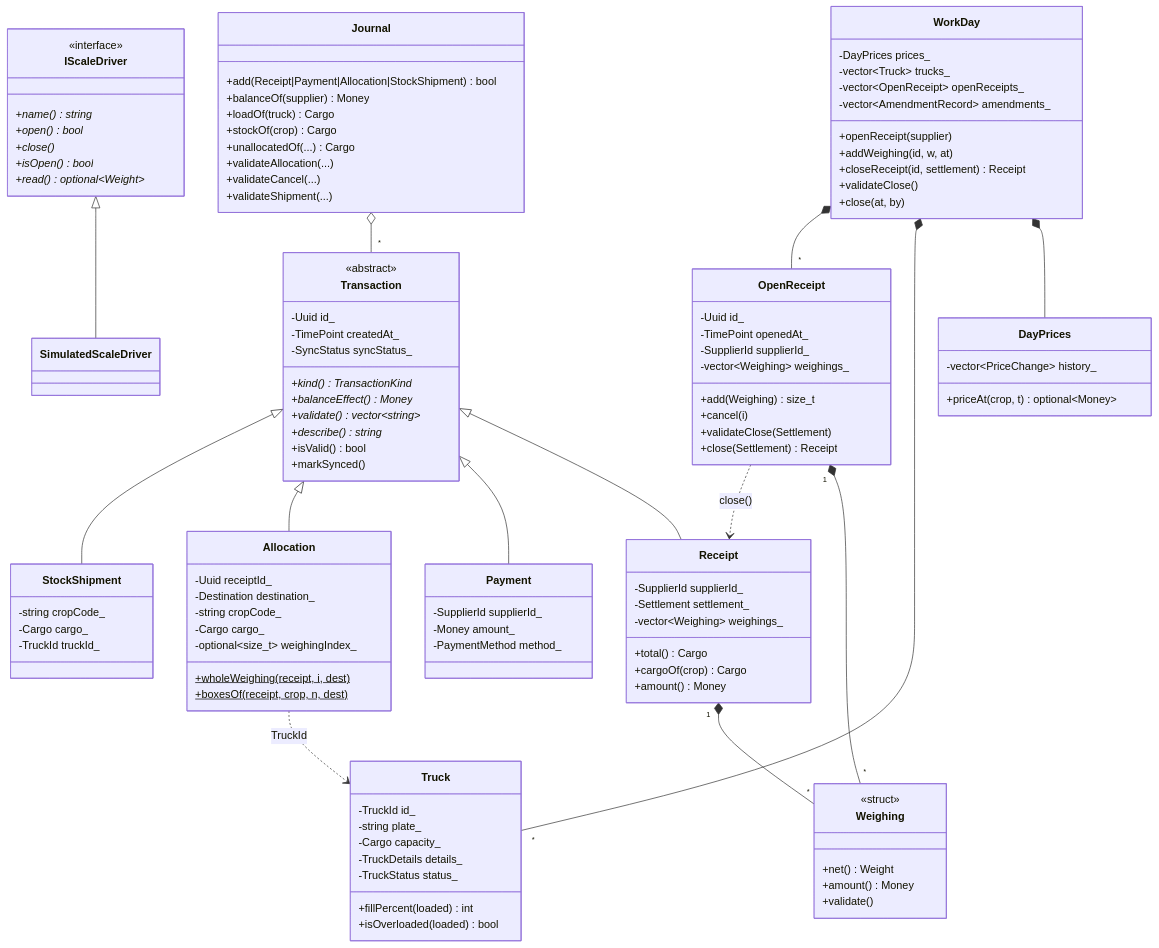
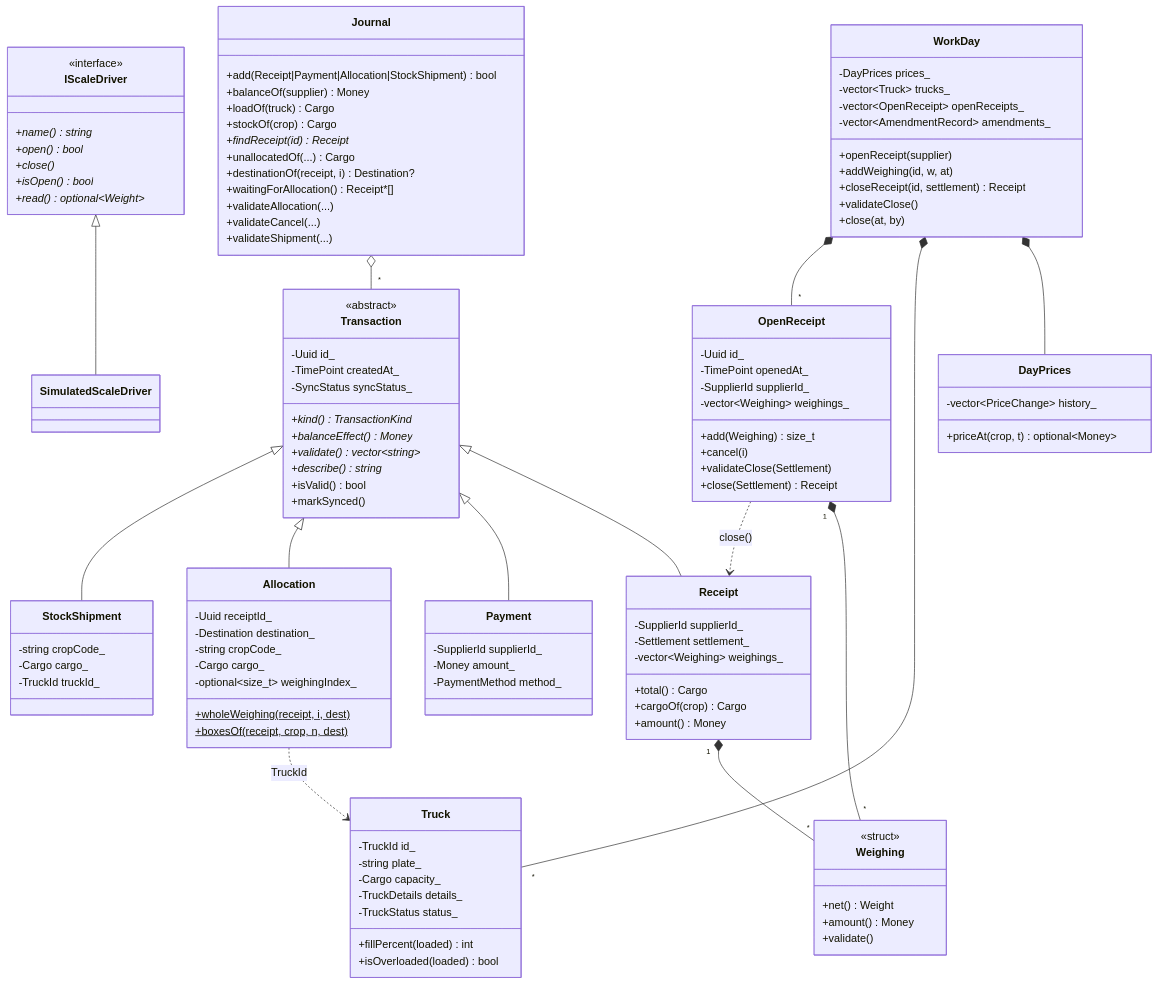
Before and after one commit to IsNazarii/Berry-WMS-Terminal: the first of 3 diagrams in docs/domain.md, drawn with Mermaid. The commit also changed 10 other files, not shown here.

First line of the commit message:
UI: allocation screen (receipt pallets and boxes to truck or warehouse)

```diff
--- a/docs/domain.md
+++ b/docs/domain.md
@@ -125,7 +125,10 @@
         +balanceOf(supplier) Money
         +loadOf(truck) Cargo
         +stockOf(crop) Cargo
+        +findReceipt(id) Receipt*
         +unallocatedOf(...) Cargo
+        +destinationOf(receipt, i) Destination?
+        +waitingForAllocation() Receipt*[]
         +validateAllocation(...)
         +validateCancel(...)
         +validateShipment(...)
```
